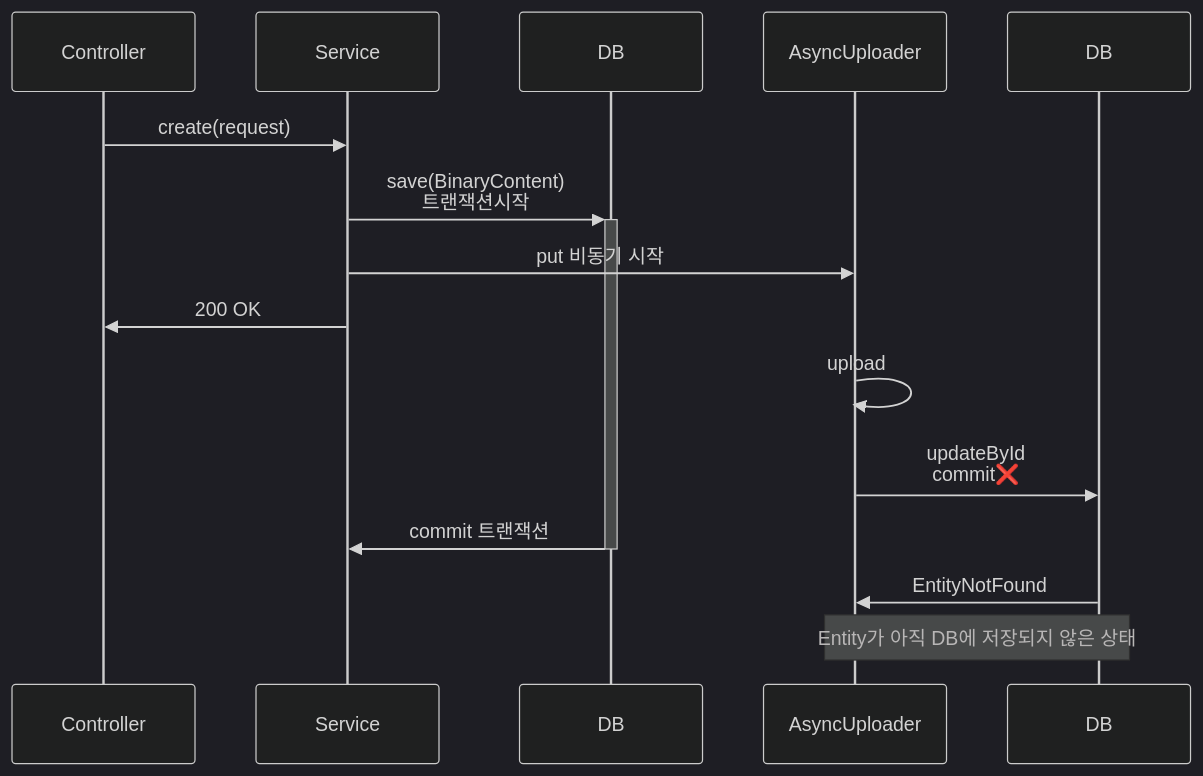
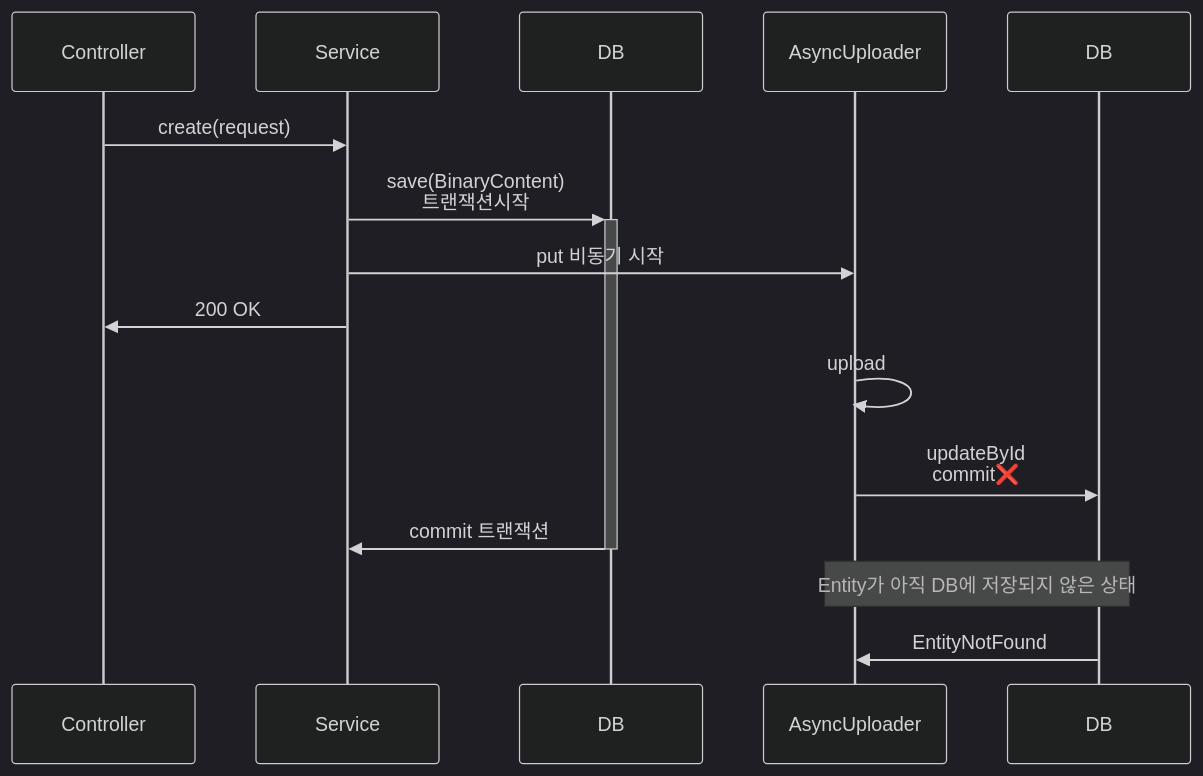
The sixth of 11 diagrams in README.md (codeit-bootcamp-spring/1-sprint-mission), drawn with Mermaid (dark theme) before and after one commit. The commit also changed other lines of this file, not shown here.

````diff
--- a/README.md
+++ b/README.md
@@ -201,17 +201,17 @@
 ```mermaid
 sequenceDiagram
   participant C as Controller
   participant S as Service
   participant D as DB
   participant AsyncUploader
 
   C->>S: create(request)
   S->>+D: save(BinaryContent)<br/>트랜잭션시작
   S->>AsyncUploader: put 비동기 시작
   S->>C: 200 OK
   AsyncUploader->>AsyncUploader: upload
   AsyncUploader->>DB: updateById<br/>commit❌
   D->>-S: commit 트랜잭션
+  Note over AsyncUploader, DB: Entity가 아직 DB에 저장되지 않은 상태
   DB->>AsyncUploader: EntityNotFound
-  Note over AsyncUploader, DB: Entity가 아직 DB에 저장되지 않은 상태
 ```
````
